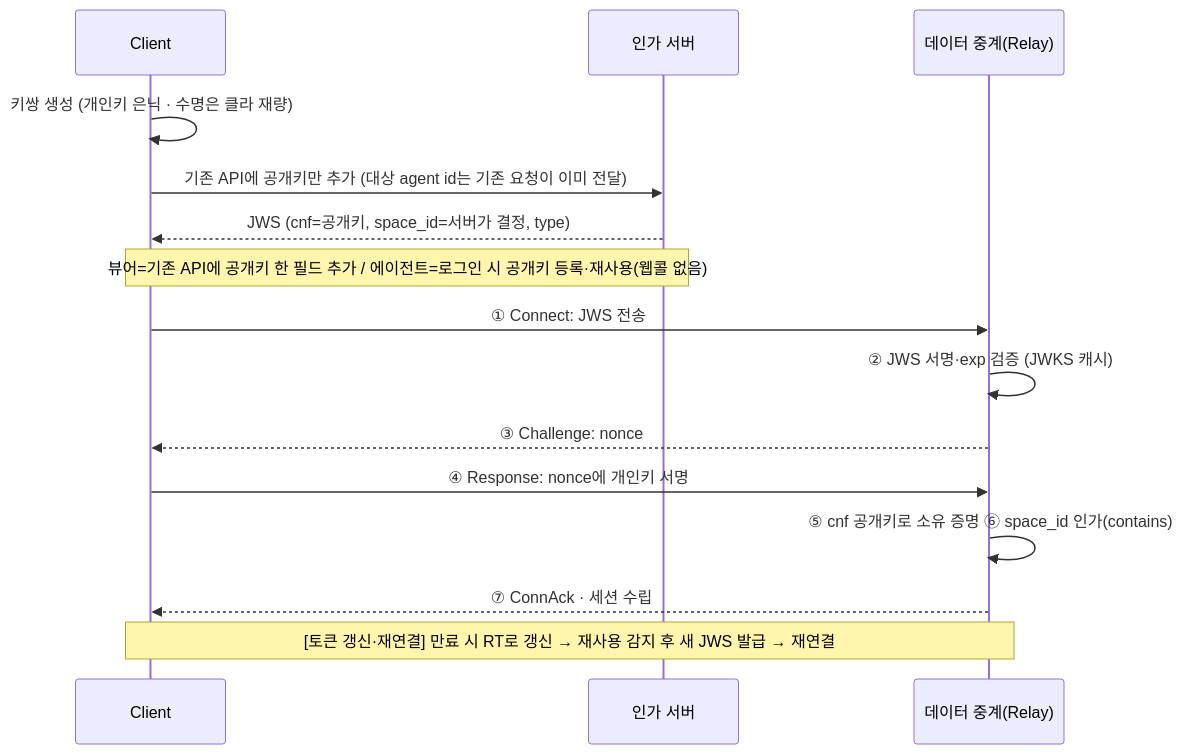
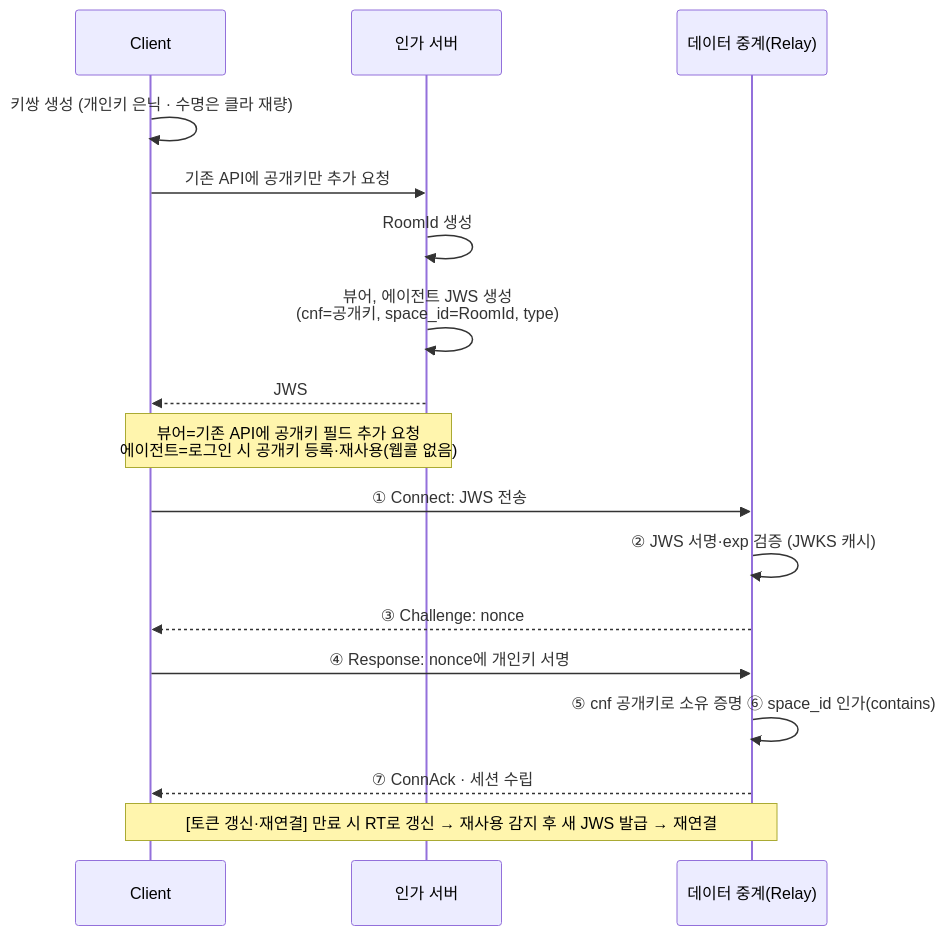
The diagram in spring-security/docs/auth-architecture/sender-constrained-relay-executive-summary.md (gmoon92/toy), drawn with Mermaid before and after one commit. The commit also changed other lines of this file and 1 other file, not shown here.

First line of the commit message:
docs(auth-architecture): 시퀀스 다이어그램 정리 및 요약본 구조 간소화

````diff
--- a/spring-security/docs/auth-architecture/sender-constrained-relay-executive-summary.md
+++ b/spring-security/docs/auth-architecture/sender-constrained-relay-executive-summary.md
@@ -24,17 +22,19 @@
 ```mermaid
 sequenceDiagram
     participant C as Client
     participant S as 인가 서버
     participant R as 데이터 중계(Relay)
     C ->> C: 키쌍 생성 (개인키 은닉 · 수명은 클라 재량)
-    C ->> S: 기존 API에 공개키만 추가 (대상 agent id는 기존 요청이 이미 전달)
-    S -->> C: JWS (cnf=공개키, space_id=서버가 결정, type)
-    Note over C, S: 뷰어=기존 API에 공개키 한 필드 추가 / 에이전트=로그인 시 공개키 등록·재사용(웹콜 없음)
+    C ->> S: 기존 API에 공개키만 추가 요청
+    S ->> S: RoomId 생성
+    S ->> S: 뷰어, 에이전트 JWS 생성 <br/>(cnf=공개키, space_id=RoomId, type)
+    S -->> C: JWS
+    Note over C, S: 뷰어=기존 API에 공개키 필드 추가 요청<br/>에이전트=로그인 시 공개키 등록·재사용(웹콜 없음)
     C ->> R: ① Connect: JWS 전송
     R ->> R: ② JWS 서명·exp 검증 (JWKS 캐시)
     R -->> C: ③ Challenge: nonce
     C ->> R: ④ Response: nonce에 개인키 서명
     R ->> R: ⑤ cnf 공개키로 소유 증명 ⑥ space_id 인가(contains)
     R -->> C: ⑦ ConnAck · 세션 수립
     Note over C, R: [토큰 갱신·재연결] 만료 시 RT로 갱신 → 재사용 감지 후 새 JWS 발급 → 재연결
 ```
````
